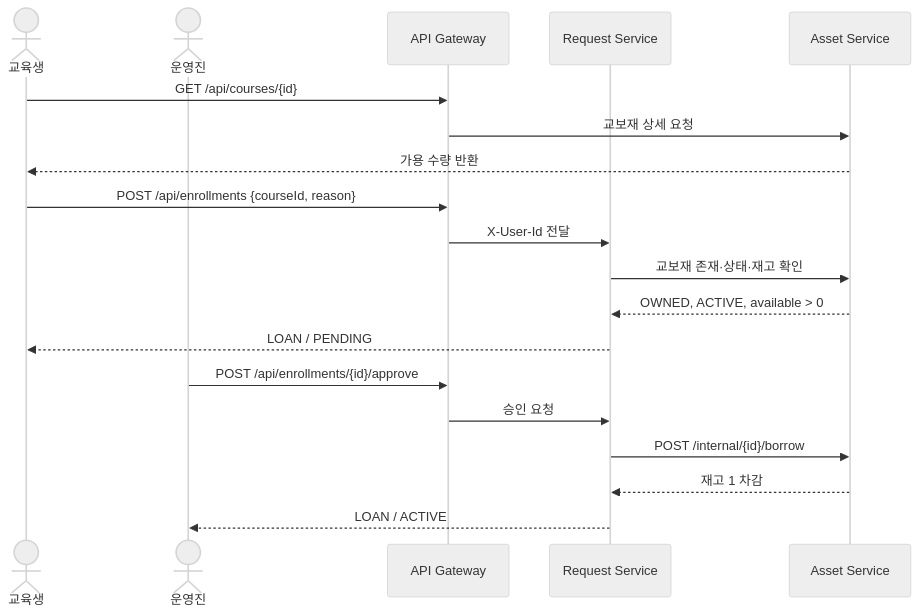
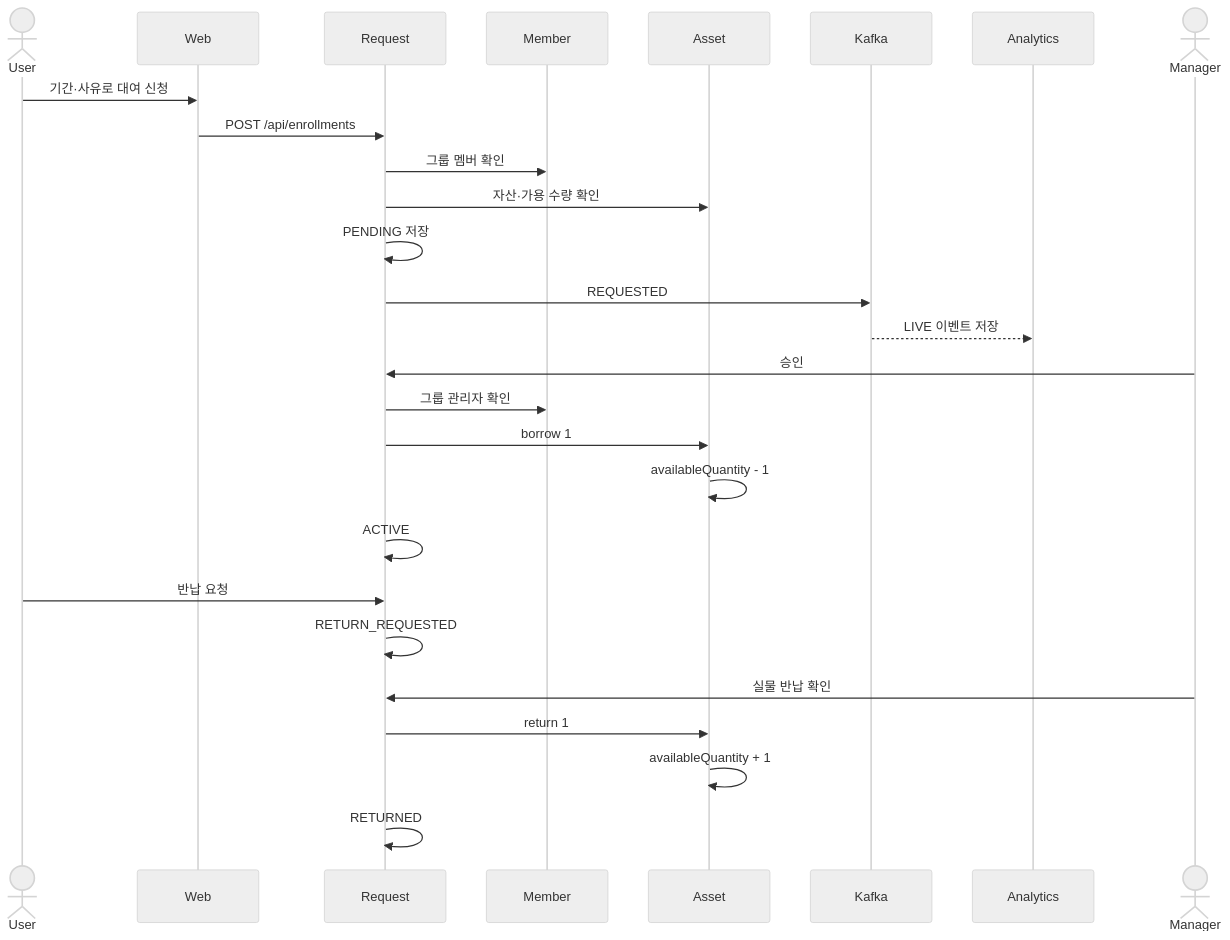
One commit to kimgwang-hyeon/msa-lecture changed the second of 5 diagrams in docs/agile/05_ARCHITECTURE_AND_ERD.md. Above: the diagram before and after it, drawn with Mermaid (neutral theme). The commit also changed other lines of this file and 37 other files, not shown here.

````diff
--- a/docs/agile/05_ARCHITECTURE_AND_ERD.md
+++ b/docs/agile/05_ARCHITECTURE_AND_ERD.md
@@ -153,24 +172,32 @@
-```mermaid
+~~~mermaid
 sequenceDiagram
-    actor Student as 교육생
-    actor Operator as 운영진
-    participant GW as API Gateway
-    participant RQ as Request Service
-    participant AS as Asset Service
+    actor User
+    participant Web
+    participant Request
+    participant Member
+    participant Asset
+    participant Kafka
+    participant Analytics
 
-    Student->>GW: GET /api/courses/{id}
-    GW->>AS: 교보재 상세 요청
-    AS-->>Student: 가용 수량 반환
+    User->>Web: 기간·사유로 대여 신청
+    Web->>Request: POST /api/enrollments
+    Request->>Member: 그룹 멤버 확인
+    Request->>Asset: 자산·가용 수량 확인
+    Request->>Request: PENDING 저장
+    Request->>Kafka: REQUESTED
+    Kafka-->>Analytics: LIVE 이벤트 저장
 
-    Student->>GW: POST /api/enrollments {courseId, reason}
-    GW->>RQ: X-User-Id 전달
-    RQ->>AS: 교보재 존재·상태·재고 확인
-    AS-->>RQ: OWNED, ACTIVE, available > 0
-    RQ-->>Student: LOAN / PENDING
+    actor Manager
+    Manager->>Request: 승인
+    Request->>Member: 그룹 관리자 확인
+    Request->>Asset: borrow 1
+    Asset->>Asset: availableQuantity - 1
+    Request->>Request: ACTIVE
 
-    Operator->>GW: POST /api/enrollments/{id}/approve
-    GW->>RQ: 승인 요청
-    RQ->>AS: POST /internal/{id}/borrow
-    AS-->>RQ: 재고 1 차감
-    RQ-->>Operator: LOAN / ACTIVE
-```
+    User->>Request: 반납 요청
+    Request->>Request: RETURN_REQUESTED
+    Manager->>Request: 실물 반납 확인
+    Request->>Asset: return 1
+    Asset->>Asset: availableQuantity + 1
+    Request->>Request: RETURNED
+~~~
````
